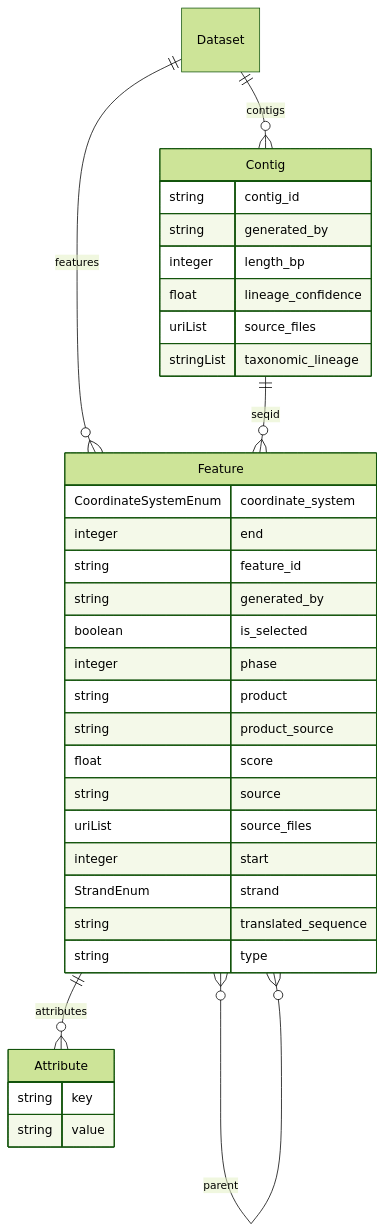
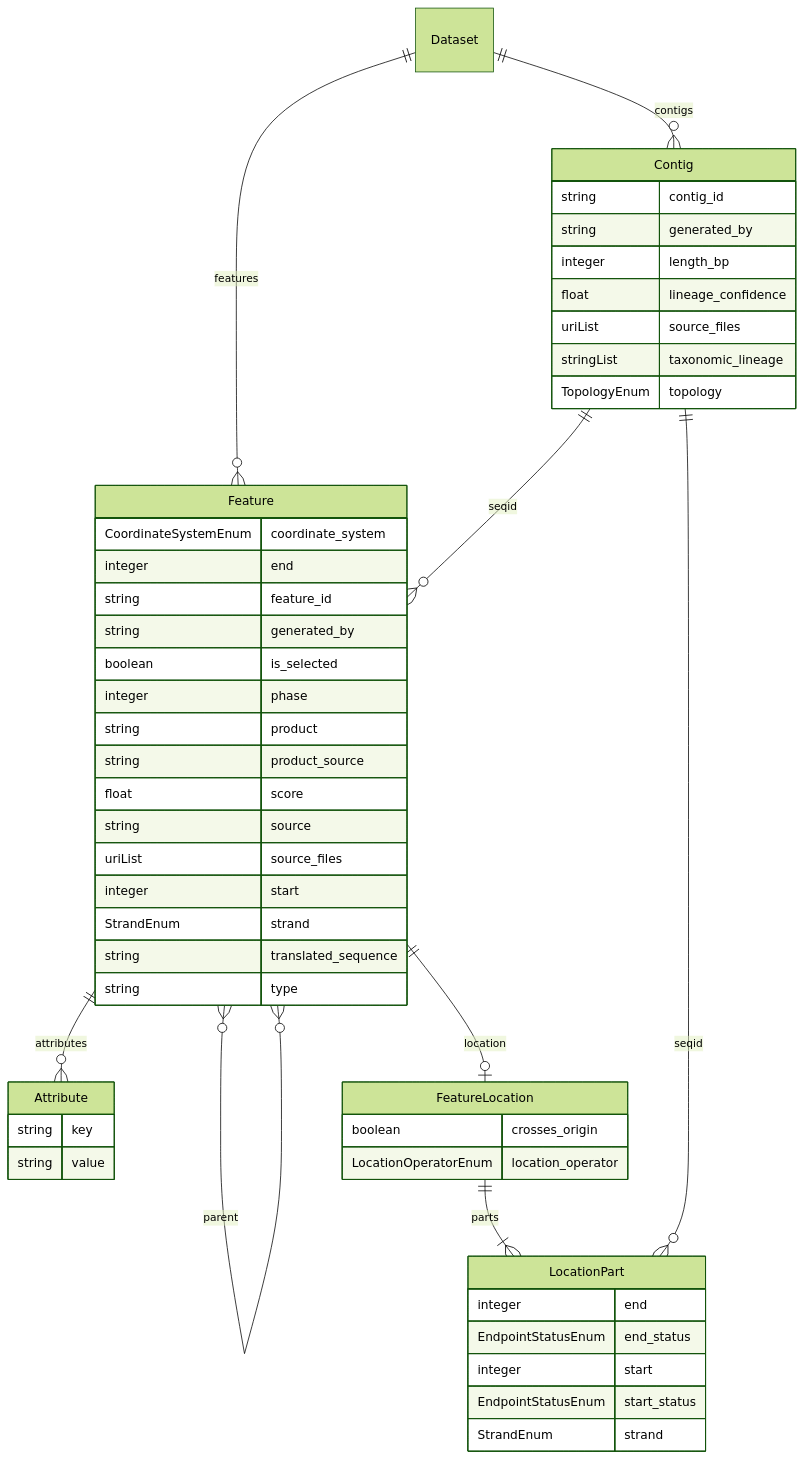
One commit to turbomam/feature-table-corpus changed the diagram in docs/schema-diagram.md. Above: the diagram before and after it, drawn with Mermaid (forest theme). The commit also changed other lines of this file and 32 other files, not shown here.

````diff
--- a/docs/schema-diagram.md
+++ b/docs/schema-diagram.md
@@ -9,41 +9,56 @@
 ```mermaid
 erDiagram
 Attribute {
     string key
     string value
 }
 Contig {
     string contig_id
     string generated_by
     integer length_bp
     float lineage_confidence
     uriList source_files
     stringList taxonomic_lineage
+    TopologyEnum topology
 }
 Dataset {
 
 }
 Feature {
     CoordinateSystemEnum coordinate_system
     integer end
     string feature_id
     string generated_by
     boolean is_selected
     integer phase
     string product
     string product_source
     float score
     string source
     uriList source_files
     integer start
     StrandEnum strand
     string translated_sequence
     string type
 }
+FeatureLocation {
+    boolean crosses_origin
+    LocationOperatorEnum location_operator
+}
+LocationPart {
+    integer end
+    EndpointStatusEnum end_status
+    integer start
+    EndpointStatusEnum start_status
+    StrandEnum strand
+}
 
 Dataset ||--o{ Contig : "contigs"
 Dataset ||--o{ Feature : "features"
+Feature ||--o| FeatureLocation : "location"
 Contig ||--o{ Feature : "seqid"
 Feature ||--o{ Attribute : "attributes"
 Feature }o--o{ Feature : "parent"
+FeatureLocation ||--|{ LocationPart : "parts"
+Contig ||--o{ LocationPart : "seqid"
 ```
````
